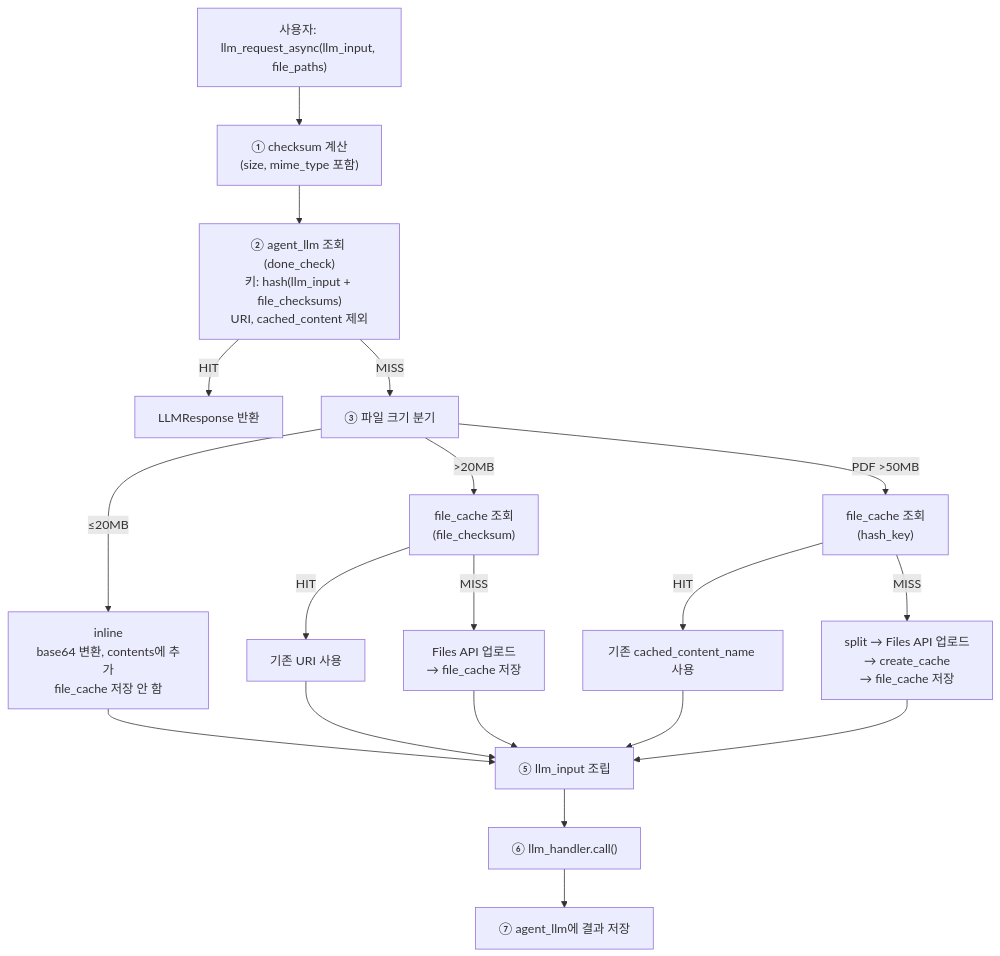
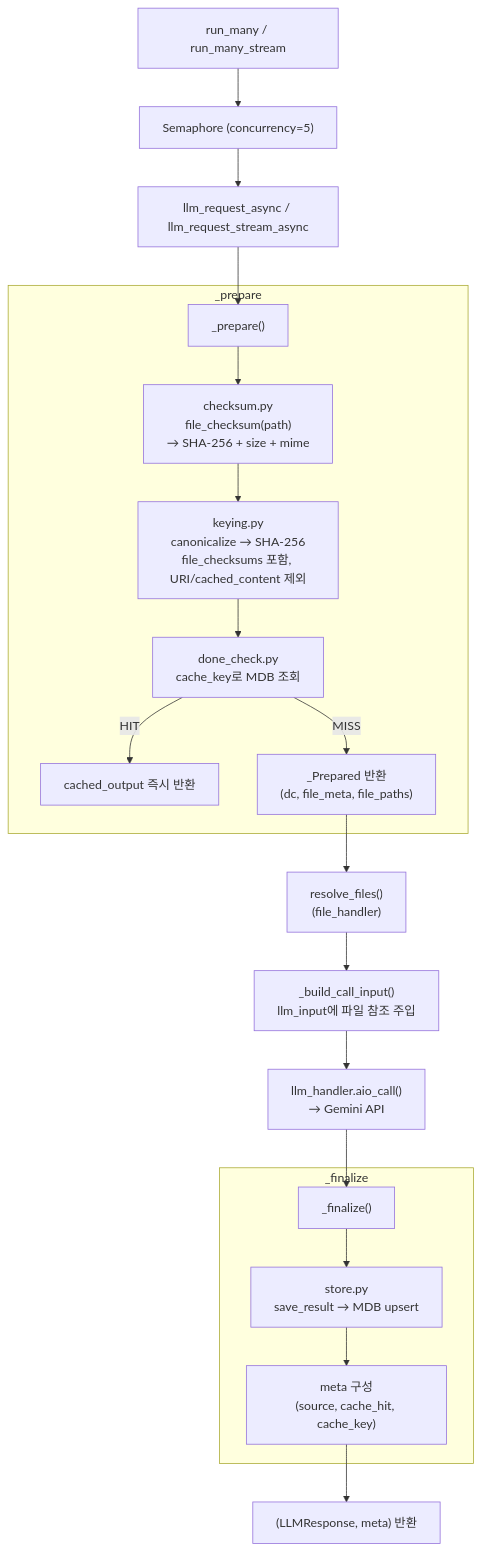
The first of 2 diagrams in llm-manager/plans/temp.md (KiwoomAM/Kiwoom-Manager), drawn with Mermaid before and after one commit. The commit also changed other lines of this file and 2 other files, not shown here.

Commit message:
문서 업데이트

````diff
--- a/llm-manager/plans/temp.md
+++ b/llm-manager/plans/temp.md
@@ -5,26 +5,30 @@
 ```mermaid
 flowchart TD
-    Start["사용자: llm_request_async(llm_input, file_paths)"] --> CS["① checksum 계산<br/>(size, mime_type 포함)"]
-    CS --> AgentLLM["② agent_llm 조회 (done_check)<br/>키: hash(llm_input + file_checksums)<br/>URI, cached_content 제외"]
-    AgentLLM -->|HIT| Return["LLMResponse 반환"]
-    AgentLLM -->|MISS| SizeBranch["③ 파일 크기 분기"]
+    Entry["llm_request_async / llm_request_stream_async"]
+    BatchEntry["run_many / run_many_stream"]
 
-    SizeBranch -->|"≤20MB"| Inline["inline<br/>base64 변환, contents에 추가<br/>file_cache 저장 안 함"]
-    SizeBranch -->|">20MB"| FC1["file_cache 조회<br/>(file_checksum)"]
-    SizeBranch -->|"PDF >50MB"| FC2["file_cache 조회<br/>(hash_key)"]
+    BatchEntry --> Sem["Semaphore (concurrency=5)"]
+    Sem --> Entry
 
-    FC1 -->|HIT| URI1["기존 URI 사용"]
-    FC1 -->|MISS| Upload1["Files API 업로드<br/>→ file_cache 저장"]
+    Entry --> Prepare["_prepare()"]
 
-    FC2 -->|HIT| Cache1["기존 cached_content_name 사용"]
-    FC2 -->|MISS| Split["split → Files API 업로드<br/>→ create_cache<br/>→ file_cache 저장"]
+    subgraph _prepare
+        Prepare --> CK["checksum.py<br/>file_checksum(path)<br/>→ SHA-256 + size + mime"]
+        CK --> Keying["keying.py<br/>canonicalize → SHA-256<br/>file_checksums 포함, URI/cached_content 제외"]
+        Keying --> DC["done_check.py<br/>cache_key로 MDB 조회"]
+        DC -->|HIT| Fast["cached_output 즉시 반환"]
+        DC -->|MISS| Prepared["_Prepared 반환<br/>(dc, file_meta, file_paths)"]
+    end
 
-    Inline --> Assemble["⑤ llm_input 조립"]
-    URI1 --> Assemble
-    Upload1 --> Assemble
-    Cache1 --> Assemble
-    Split --> Assemble
+    Prepared --> FH["resolve_files()<br/>(file_handler)"]
+    FH --> Build["_build_call_input()<br/>llm_input에 파일 참조 주입"]
+    Build --> Call["llm_handler.aio_call()<br/>→ Gemini API"]
+    Call --> Finalize["_finalize()"]
 
-    Assemble --> Call["⑥ llm_handler.call()"]
-    Call --> Save["⑦ agent_llm에 결과 저장"]
+    subgraph _finalize
+        Finalize --> Save["store.py<br/>save_result → MDB upsert"]
+        Save --> Meta["meta 구성<br/>(source, cache_hit, cache_key)"]
+    end
+
+    Meta --> Return["(LLMResponse, meta) 반환"]
 ```
````
